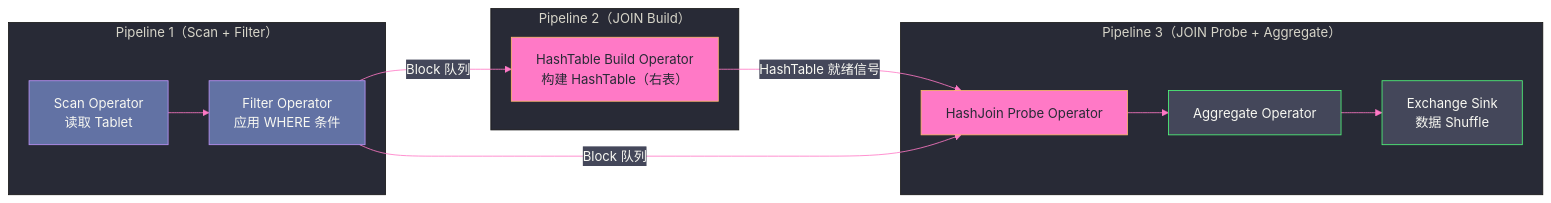
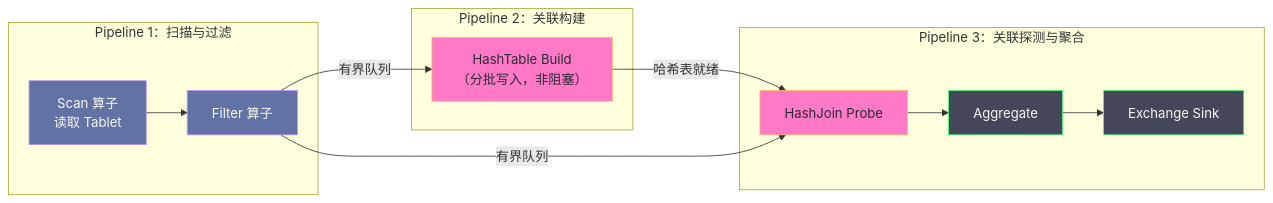
One commit to hpliStartAgain/my-brain changed the first of 2 diagrams in content/中间件/Doris/03 Doris 查询引擎——向量化执行与 Pipeline.md. Above: the diagram before and after it, drawn with Mermaid. The commit also changed other lines of this file and 56 other files, not shown here.

````diff
--- a/content/中间件/Doris/03 Doris 查询引擎——向量化执行与 Pipeline.md
+++ b/content/中间件/Doris/03 Doris 查询引擎——向量化执行与 Pipeline.md
@@ -92,29 +190,28 @@
 ```mermaid
-%%{init: {'theme': 'base', 'themeVariables': {'primaryColor': '#6272a4', 'primaryTextColor': '#f8f8f2', 'primaryBorderColor': '#bd93f9', 'lineColor': '#ff79c6', 'secondaryColor': '#44475a', 'tertiaryColor': '#282a36'}}}%%
+%%{init: {'theme': 'dracula'}}%%
 graph LR
-    subgraph "Pipeline 1（Scan + Filter）"
-        S["Scan Operator</br>读取 Tablet"]
-        F["Filter Operator</br>应用 WHERE 条件"]
+    subgraph P1["Pipeline 1：扫描与过滤"]
+        S["Scan 算子<br/>读取 Tablet"]
+        F["Filter 算子"]
     end
-    subgraph "Pipeline 2（JOIN Build）"
-        B["HashTable Build Operator</br>构建 HashTable（右表）"]
+    subgraph P2["Pipeline 2：关联构建"]
+        B["HashTable Build<br/>（分批写入，非阻塞）"]
     end
-    subgraph "Pipeline 3（JOIN Probe + Aggregate）"
-        P["HashJoin Probe Operator"]
-        A["Aggregate Operator"]
-        E["Exchange Sink</br>数据 Shuffle"]
+    subgraph P3["Pipeline 3：关联探测与聚合"]
+        PR["HashJoin Probe"]
+        AG["Aggregate"]
+        EX["Exchange Sink"]
     end
-
     S --> F
-    F -- "Block 队列" --> B
-    B -- "HashTable 就绪信号" --> P
-    F -- "Block 队列" --> P
-    P --> A --> E
+    F -- "有界队列" --> B
+    B -- "哈希表就绪" --> PR
+    F -- "有界队列" --> PR
+    PR --> AG --> EX
 
     classDef scan fill:#6272a4,stroke:#bd93f9,color:#f8f8f2
     classDef join fill:#ff79c6,stroke:#ffb86c,color:#282a36
     classDef agg fill:#44475a,stroke:#50fa7b,color:#f8f8f2
     class S,F scan
-    class B,P join
-    class A,E agg
+    class B,PR join
+    class AG,EX agg
 ```
````
